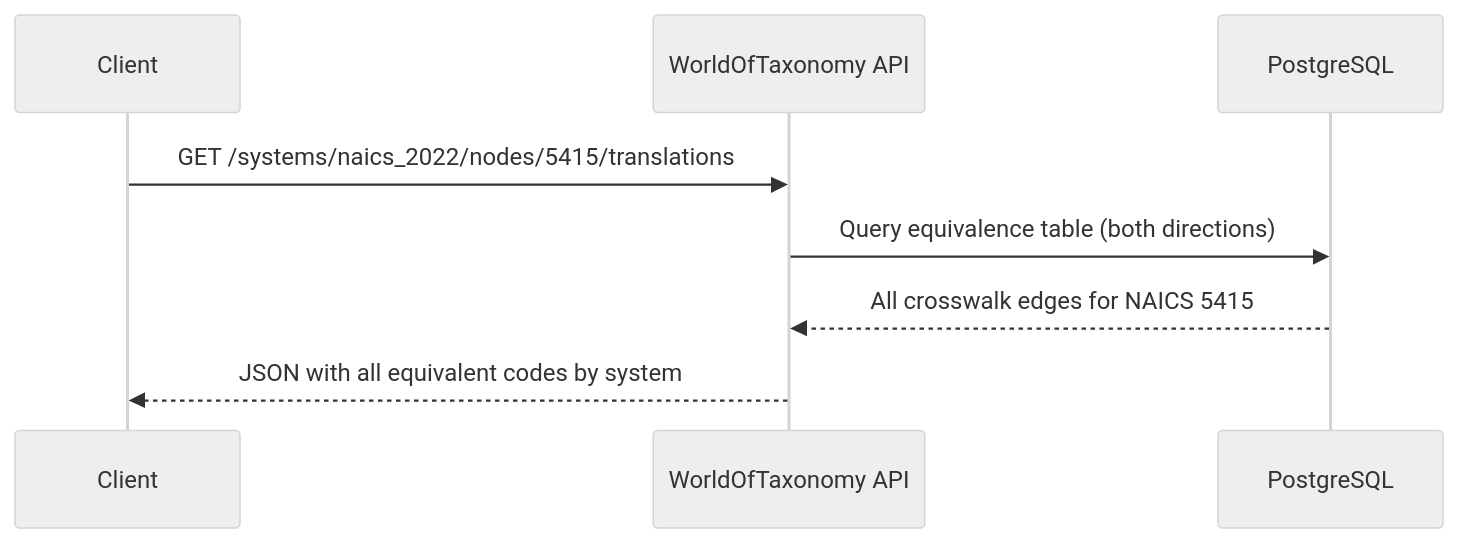
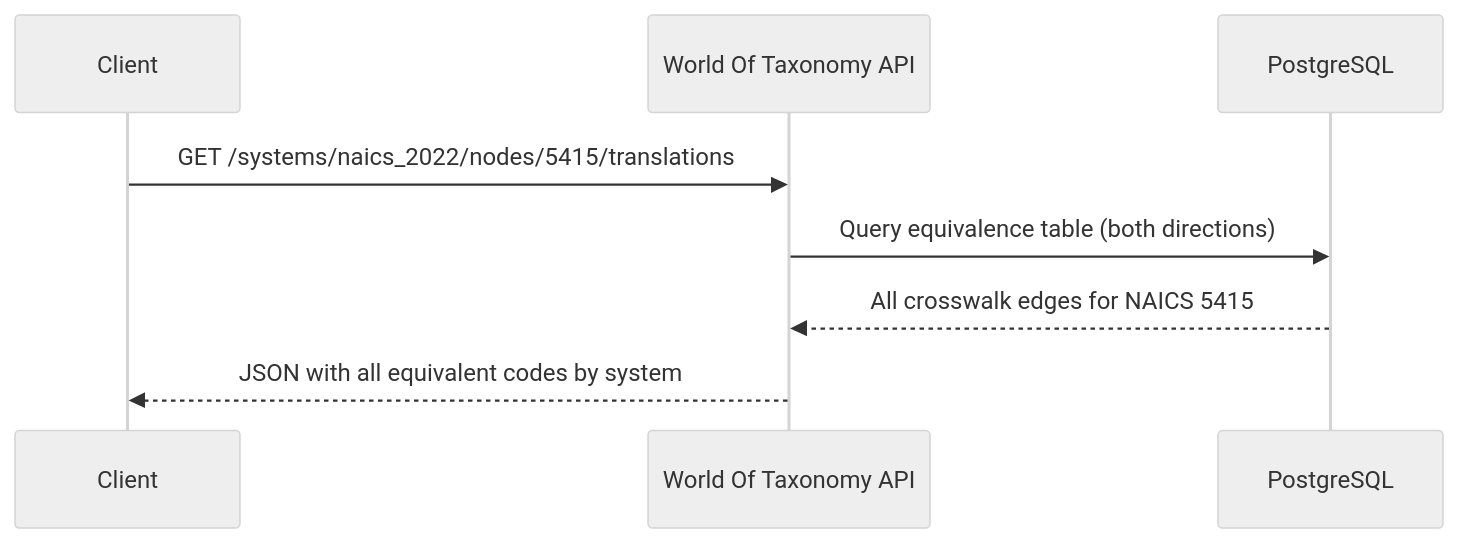
The diagram in blog/translating-naics-to-nace-one-api-call.md (colaberry/WorldOfTaxonomy), drawn with Mermaid (neutral theme) before and after one commit. The commit also changed 83 other files, not shown here.

First line of the commit message:
chore(brand): space "World Of Taxonomy" in user-facing copy (#165)

````diff
--- a/blog/translating-naics-to-nace-one-api-call.md
+++ b/blog/translating-naics-to-nace-one-api-call.md
@@ -62,11 +62,11 @@
 ```mermaid
 sequenceDiagram
     participant Client
-    participant API as WorldOfTaxonomy API
+    participant API as World Of Taxonomy API
     participant DB as PostgreSQL
 
     Client->>API: GET /systems/naics_2022/nodes/5415/translations
     API->>DB: Query equivalence table (both directions)
     DB-->>API: All crosswalk edges for NAICS 5415
     API-->>Client: JSON with all equivalent codes by system
 ```
````
